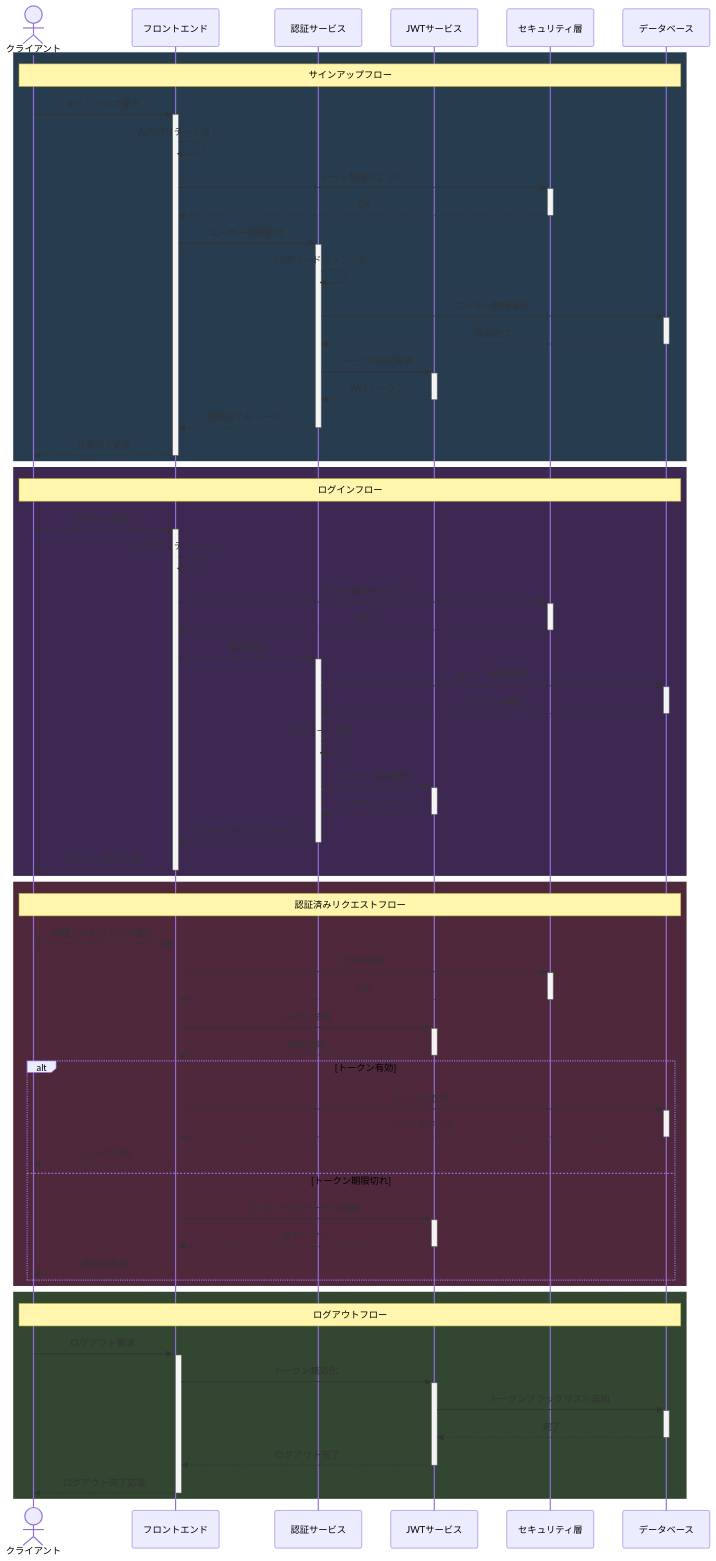
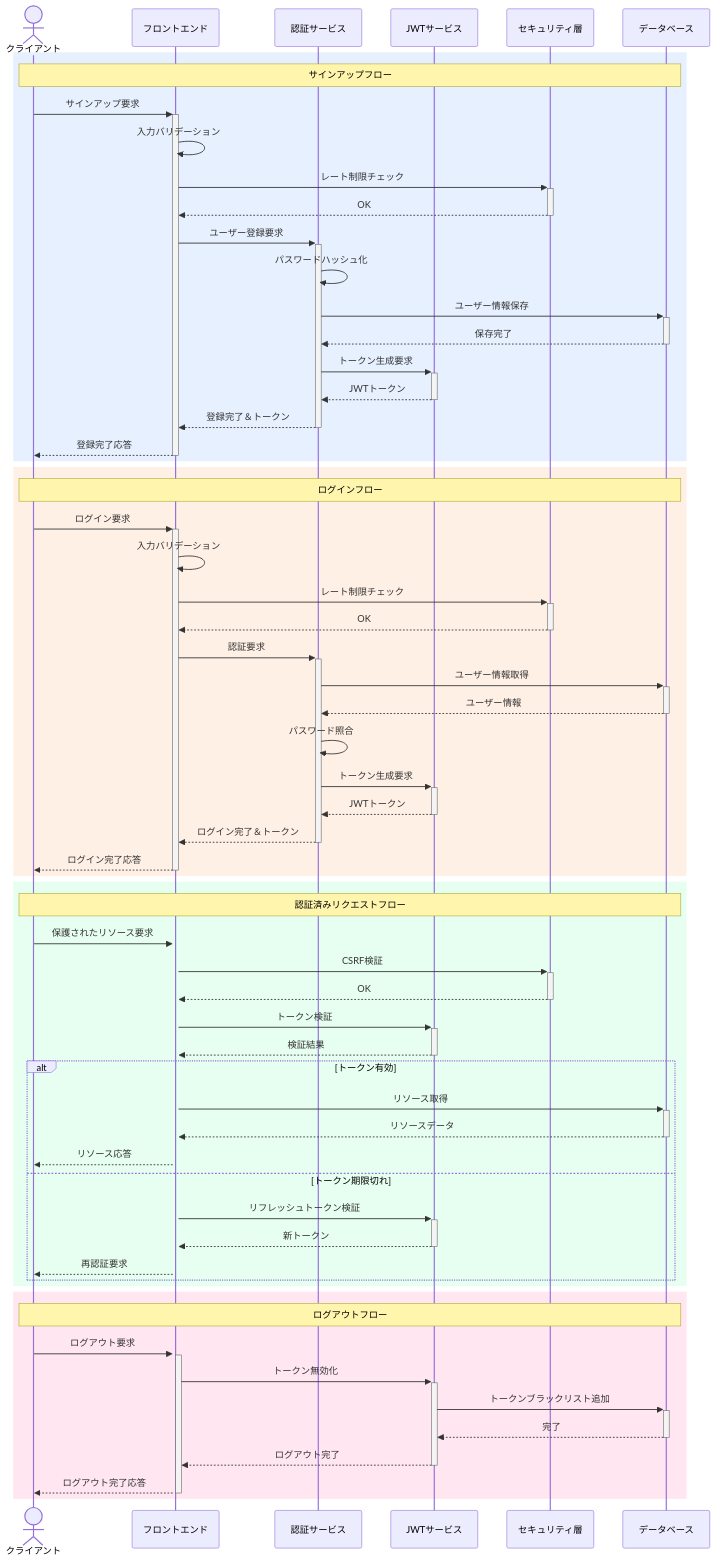
The diagram in README.md (Kazuki0320/GolfApp), drawn with Mermaid before and after one commit.

Commit message:
シーケンス図変更

````diff
--- a/README.md
+++ b/README.md
@@ -5,73 +5,73 @@
 ```mermaid
 sequenceDiagram
     actor User as クライアント
     participant Frontend as フロントエンド
     participant Auth as 認証サービス
     participant JWT as JWTサービス
     participant Security as セキュリティ層
     participant DB as データベース
 
     %% サインアップフロー
-    rect rgb(40, 60, 80)
+    rect rgb(230, 240, 255)
         note over User,DB: サインアップフロー
         User->>+Frontend: サインアップ要求
         Frontend->>Frontend: 入力バリデーション
         Frontend->>+Security: レート制限チェック
         Security-->>-Frontend: OK
         Frontend->>+Auth: ユーザー登録要求
         Auth->>Auth: パスワードハッシュ化
         Auth->>+DB: ユーザー情報保存
         DB-->>-Auth: 保存完了
         Auth->>+JWT: トークン生成要求
         JWT-->>-Auth: JWTトークン
         Auth-->>-Frontend: 登録完了＆トークン
         Frontend-->>-User: 登録完了応答
     end
 
     %% ログインフロー
-    rect rgb(60, 40, 80)
+    rect rgb(255, 240, 230)
         note over User,DB: ログインフロー
         User->>+Frontend: ログイン要求
         Frontend->>Frontend: 入力バリデーション
         Frontend->>+Security: レート制限チェック
         Security-->>-Frontend: OK
         Frontend->>+Auth: 認証要求
         Auth->>+DB: ユーザー情報取得
         DB-->>-Auth: ユーザー情報
         Auth->>Auth: パスワード照合
         Auth->>+JWT: トークン生成要求
         JWT-->>-Auth: JWTトークン
         Auth-->>-Frontend: ログイン完了＆トークン
         Frontend-->>-User: ログイン完了応答
     end
 
     %% 認証済みリクエストフロー
-    rect rgb(80, 40, 60)
+    rect rgb(230, 255, 240)
         note over User,DB: 認証済みリクエストフロー
         User->>+Frontend: 保護されたリソース要求
         Frontend->>+Security: CSRF検証
         Security-->>-Frontend: OK
         Frontend->>+JWT: トークン検証
         JWT-->>-Frontend: 検証結果
         alt トークン有効
             Frontend->>+DB: リソース取得
             DB-->>-Frontend: リソースデータ
             Frontend-->>User: リソース応答
         else トークン期限切れ
             Frontend->>+JWT: リフレッシュトークン検証
             JWT-->>-Frontend: 新トークン
             Frontend-->>User: 再認証要求
         end
     end
 
     %% ログアウトフロー
-    rect rgb(50, 70, 50)
+    rect rgb(255, 230, 240)
         note over User,DB: ログアウトフロー
         User->>+Frontend: ログアウト要求
         Frontend->>+JWT: トークン無効化
         JWT->>+DB: トークンブラックリスト追加
         DB-->>-JWT: 完了
         JWT-->>-Frontend: ログアウト完了
         Frontend-->>-User: ログアウト完了応答
     end
 ```
````
